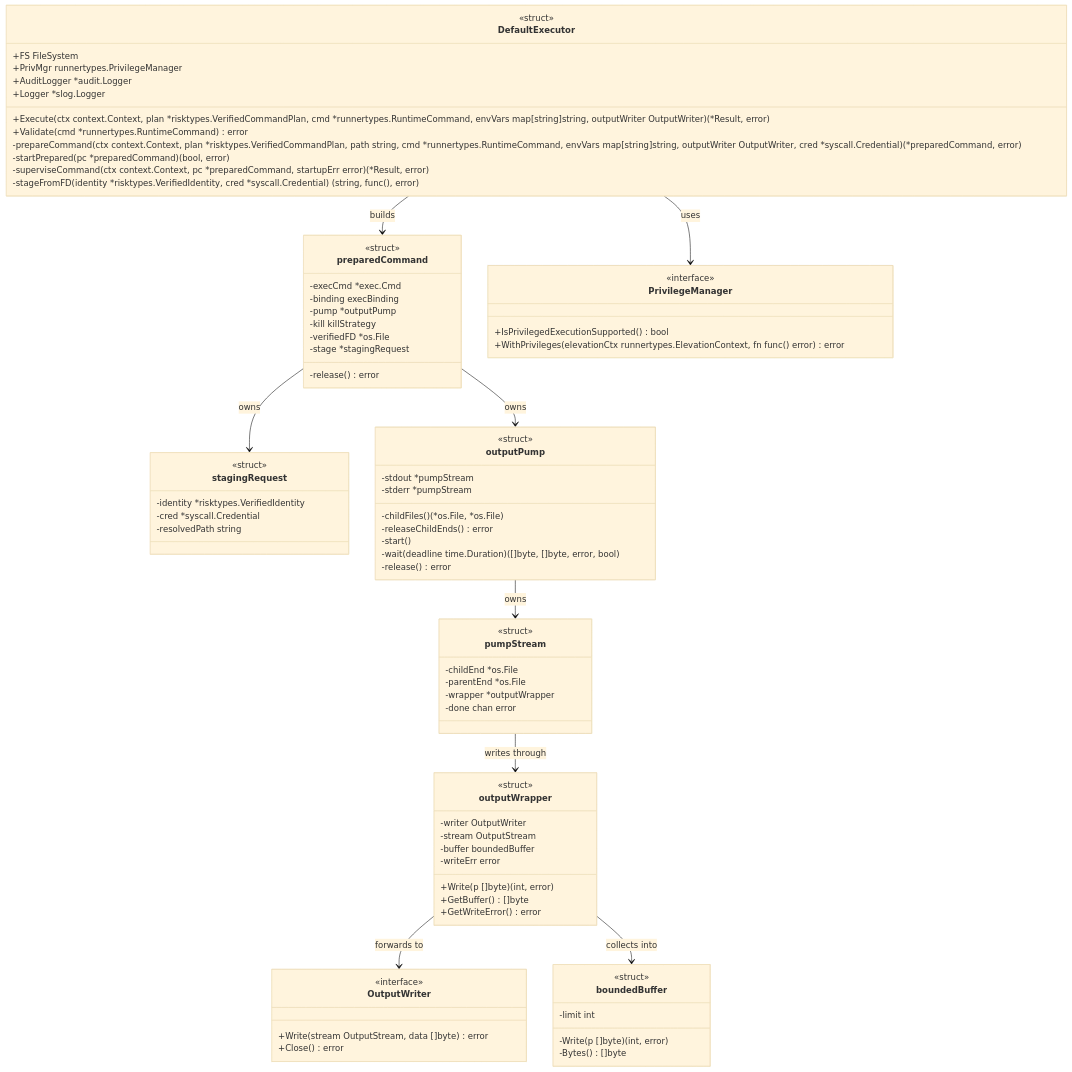
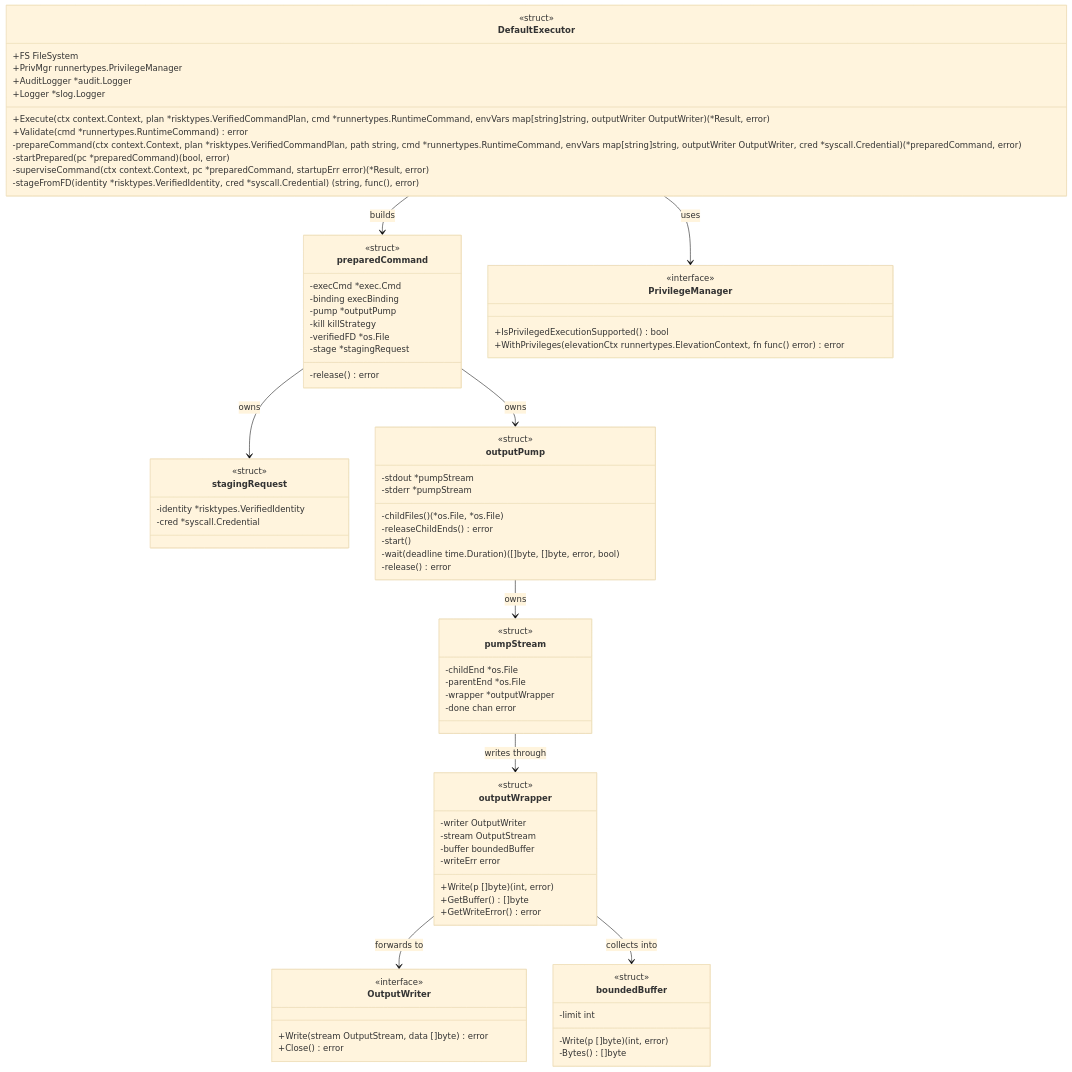
Before and after one commit to isseis/go-safe-cmd-runner: the eighth of 13 diagrams in docs/tasks/0171_privilege_gap_narrowing/02_architecture.md, drawn with Mermaid (base theme). The commit also changed other lines of this file and 5 other files, not shown here.

```diff
--- a/docs/tasks/0171_privilege_gap_narrowing/02_architecture.md
+++ b/docs/tasks/0171_privilege_gap_narrowing/02_architecture.md
@@ -747,7 +748,6 @@
         <<struct>>
         -identity *risktypes.VerifiedIdentity
         -cred *syscall.Credential
-        -resolvedPath string
     }
 
     class outputPump {
```
